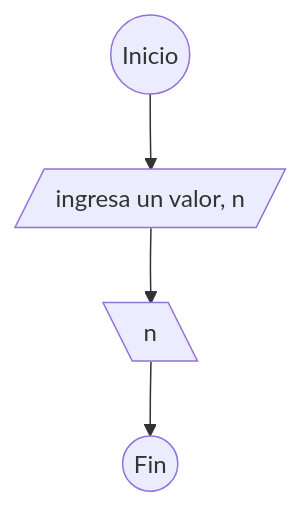
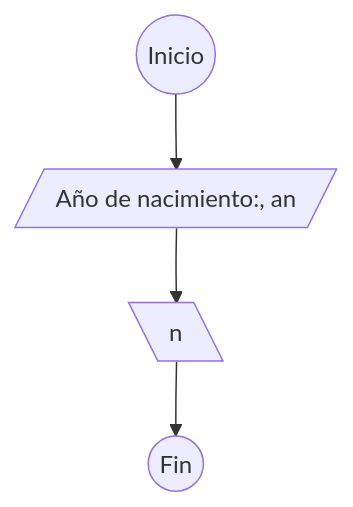
The diagram in dfd3.md (Luiscortez0/dfd_exercises), drawn with Mermaid before and after one commit. The commit also changed other lines of this file, not shown here.

Commit message:
dfd3.md updated from https://stackedit.io/

````diff
--- a/dfd3.md
+++ b/dfd3.md
@@ -1,10 +1,10 @@
 ``` mermaid 
 flowchart TB
 A((Inicio))
-B[/ingresa un valor, n/]
+B[/Año de nacimiento:, an/]
 C[\n\]
 D((Fin))
 A --> B
 B --> C
 C --> D
 ```
````
